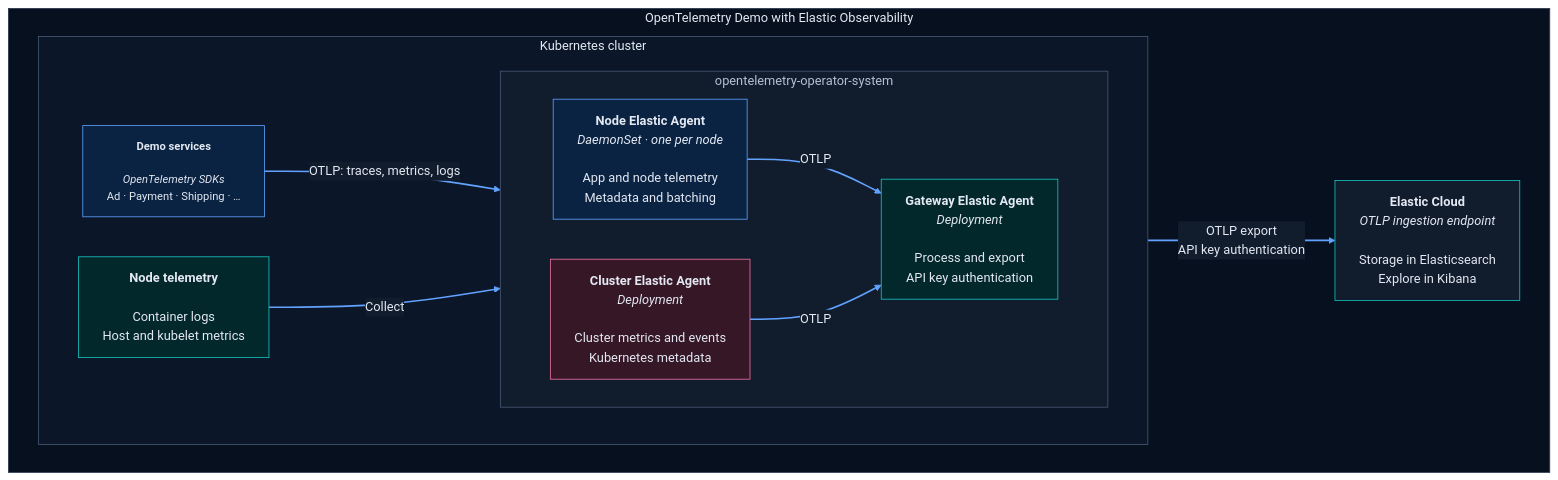
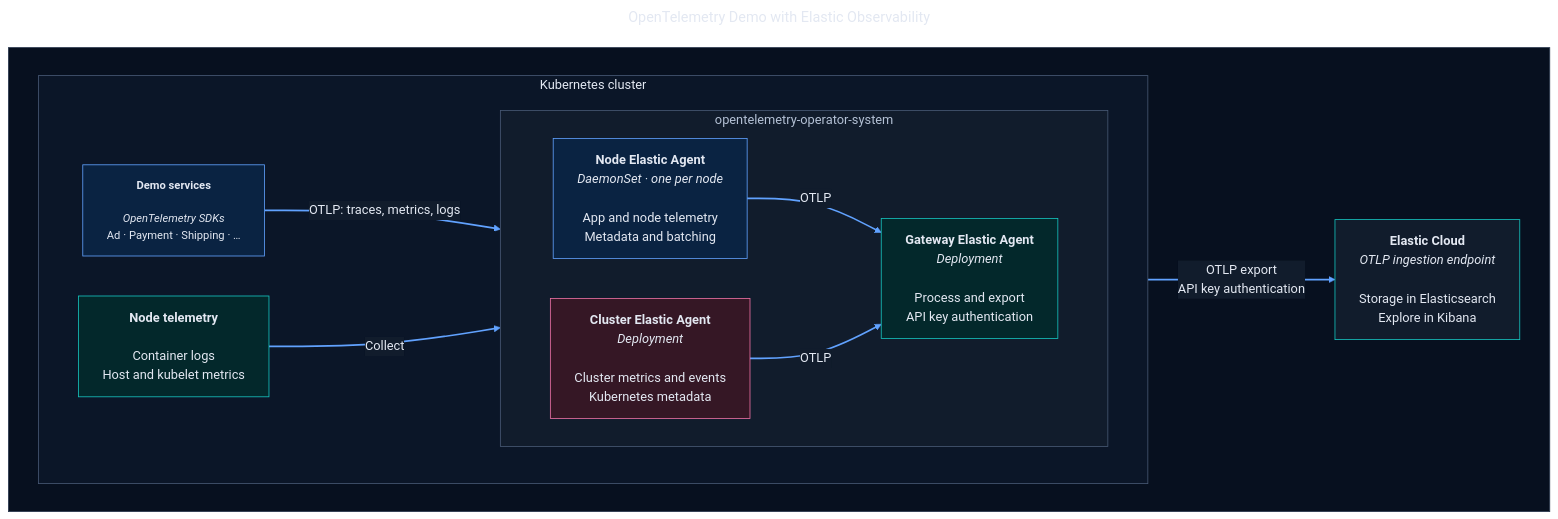
Before and after one commit to osullivandonal/opentelemetry-demo: the diagram in .github/README.md, drawn with Mermaid.

Commit message:
docs: add spacing below architecture caption

````diff
--- a/.github/README.md
+++ b/.github/README.md
@@ -218,50 +218,53 @@
 ```mermaid
-%%{init: {"theme": "base", "flowchart": {"htmlLabels": true}, "markdownAutoWrap": false, "themeVariables": {"darkMode": true, "fontSize": "16px", "background": "#07101F", "primaryColor": "#0A2342", "primaryTextColor": "#E3E8F2", "primaryBorderColor": "#61A2FF", "lineColor": "#61A2FF", "textColor": "#E3E8F2", "edgeLabelBackground": "#111C2C", "clusterBkg": "#0B1628", "clusterBorder": "#485975"}}}%%
+---
+title: OpenTelemetry Demo with Elastic Observability
+---
+%%{init: {"theme": "base", "flowchart": {"htmlLabels": true, "titleTopMargin": 24}, "markdownAutoWrap": false, "themeVariables": {"darkMode": true, "fontSize": "16px", "background": "#07101F", "primaryColor": "#0A2342", "primaryTextColor": "#E3E8F2", "primaryBorderColor": "#61A2FF", "lineColor": "#61A2FF", "textColor": "#E3E8F2", "edgeLabelBackground": "#111C2C", "clusterBkg": "#0B1628", "clusterBorder": "#485975"}}}%%
 flowchart LR
-    subgraph ARCH["OpenTelemetry Demo with Elastic Observability"]
+    subgraph ARCH[" "]
         direction LR
         subgraph K8S["Kubernetes cluster"]
             direction LR
 
             APP["<b>Demo services</b><br/><br/><i>OpenTelemetry SDKs</i><br/>Ad · Payment · Shipping · …"]
             NODE["<b>Node telemetry</b><br/><br/>Container logs<br/>Host and kubelet metrics"]
 
             subgraph AGENTS["opentelemetry-operator-system"]
                 direction LR
 
                 DAEMON["<b>Node Elastic Agent</b><br/><i>DaemonSet · one per node</i><br/><br/>App and node telemetry<br/>Metadata and batching"]
 
                 CLUSTER["<b>Cluster Elastic Agent</b><br/><i>Deployment</i><br/><br/>Cluster metrics and events<br/>Kubernetes metadata"]
 
                 GATEWAY["<b>Gateway Elastic Agent</b><br/><i>Deployment</i><br/><br/>Process and export<br/>API key authentication"]
             end
 
             APP -->|"OTLP: traces, metrics, logs"| DAEMON
             NODE -->|Collect| DAEMON
             DAEMON -->|OTLP| GATEWAY
             CLUSTER -->|OTLP| GATEWAY
         end
 
         CLOUD["<b>Elastic Cloud</b><br/><i>OTLP ingestion endpoint</i><br/><br/>Storage in Elasticsearch<br/>Explore in Kibana"]
         GATEWAY -->|"OTLP export<br/>API key authentication"| CLOUD
 
     end
 
     classDef application fill:#0A2342,stroke:#61A2FF,color:#E3E8F2,font-size:16px
     classDef node fill:#03282B,stroke:#16C5C0,color:#E3E8F2,font-size:16px
     classDef cluster fill:#351725,stroke:#EE72A6,color:#E3E8F2,font-size:16px
     classDef cloud fill:#111C2C,stroke:#16C5C0,color:#E3E8F2,font-size:16px
 
     classDef source font-size:14px
 
     class APP,DAEMON application
     class APP,NODE source
     class NODE,GATEWAY node
     class CLUSTER cluster
     class CLOUD cloud
 
     style ARCH fill:#07101F,stroke:#2B394F,color:#E3E8F2
     style K8S fill:#0B1628,stroke:#485975,color:#E3E8F2
     style AGENTS fill:#111C2C,stroke:#485975,color:#B4C1D5
     linkStyle default stroke:#61A2FF,stroke-width:2px
 ```
````
